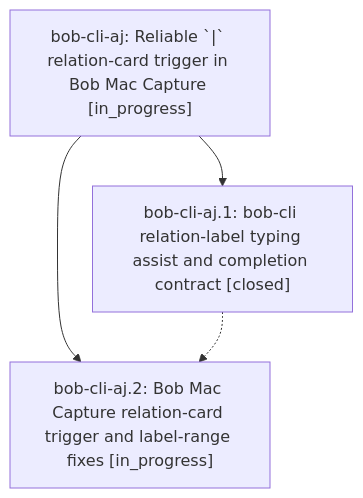
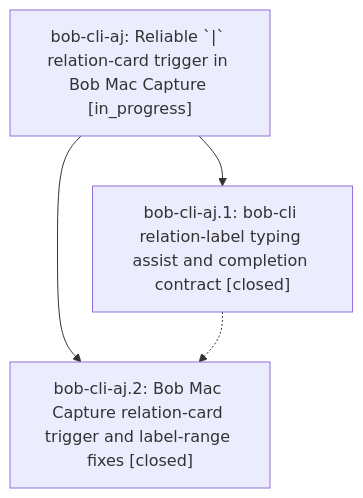
The diagram in pages/bob-cli-aj/README.md (bobs-org/bob-cli--beads), drawn with Mermaid before and after one commit. The commit also changed other lines of this file and 2 other files, not shown here.

First line of the commit message:
chore(beads): sync bead state and pages for bob-cli-aj

````diff
--- a/pages/bob-cli-aj/README.md
+++ b/pages/bob-cli-aj/README.md
@@ -23,9 +41,9 @@
 ```mermaid
 flowchart TD
     n0["bob-cli-aj: Reliable `|` relation-card trigger in Bob Mac Capture [in_progress]"]
     n1["bob-cli-aj.1: bob-cli relation-label typing assist and completion contract [closed]"]
-    n2["bob-cli-aj.2: Bob Mac Capture relation-card trigger and label-range fixes [in_progress]"]
+    n2["bob-cli-aj.2: Bob Mac Capture relation-card trigger and label-range fixes [closed]"]
     n0 --> n1
     n0 --> n2
     n1 -.-> n2
 ```
````
